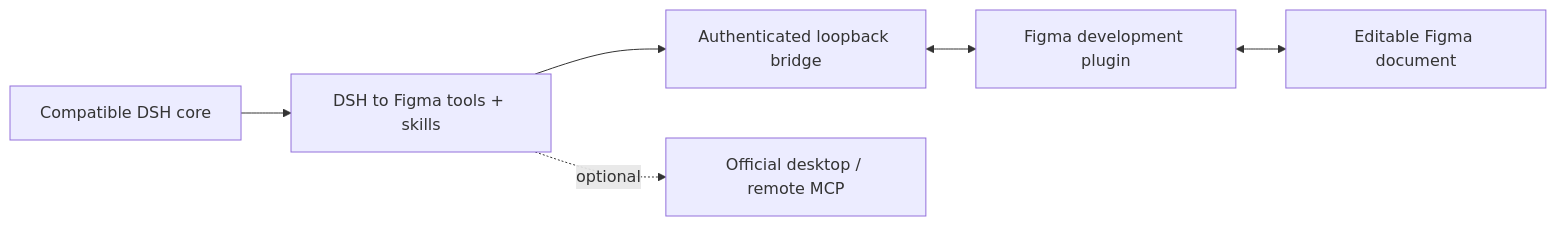
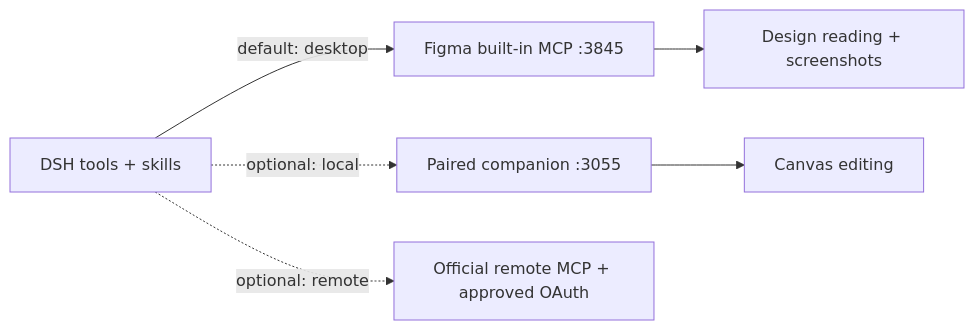
Before and after one commit to Duoasa/DSH-to-Figma: the diagram in README.md, drawn with Mermaid. The commit also changed other lines of this file and 17 other files, not shown here.

Commit message:
feat: default to official desktop MCP with verified bilingual setup

````diff
--- a/README.md
+++ b/README.md
@@ -50,8 +60,8 @@
 ```mermaid
 flowchart LR
-    A[Compatible DSH core] --> B[DSH to Figma tools + skills]
-    B --> C[Authenticated loopback bridge]
-    C <--> D[Figma development plugin]
-    D <--> E[Editable Figma document]
-    B -. optional .-> F[Official desktop / remote MCP]
+    A[DSH tools + skills] -->|default: desktop| B[Figma built-in MCP :3845]
+    B --> C[Design reading + screenshots]
+    A -. optional: local .-> D[Paired companion :3055]
+    D --> E[Canvas editing]
+    A -. optional: remote .-> F[Official remote MCP + approved OAuth]
 ```
````
